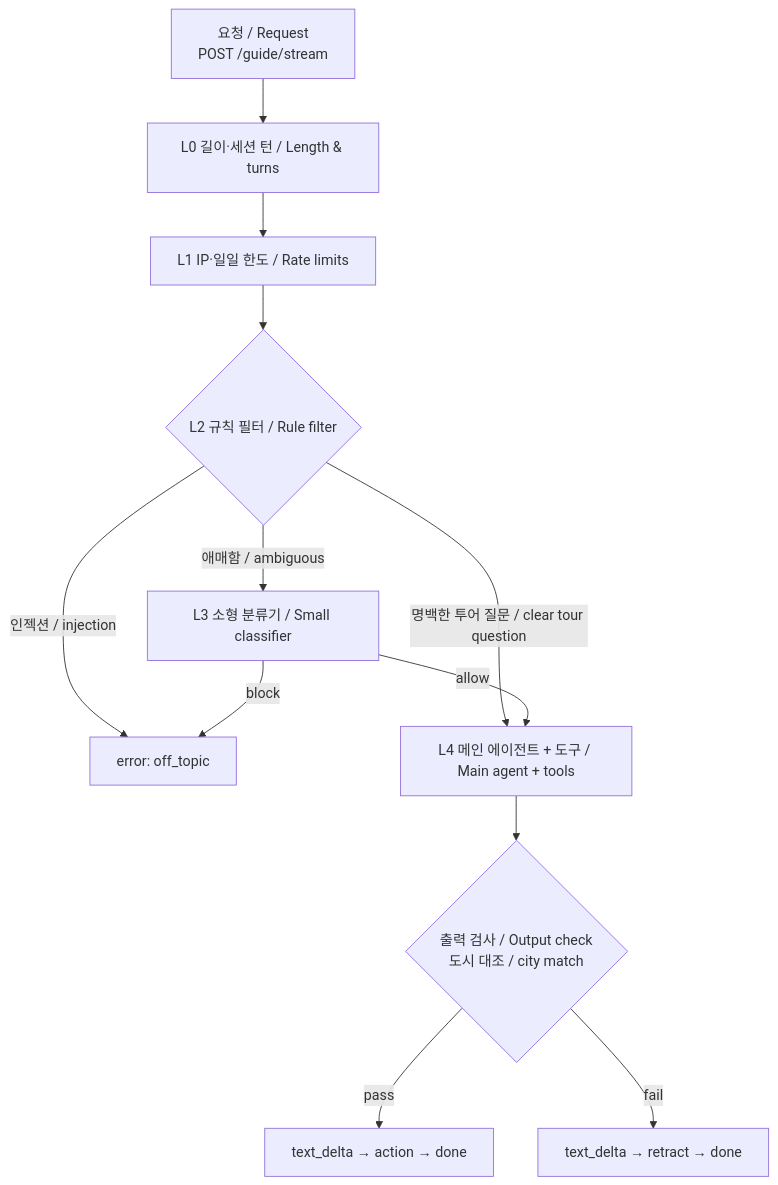
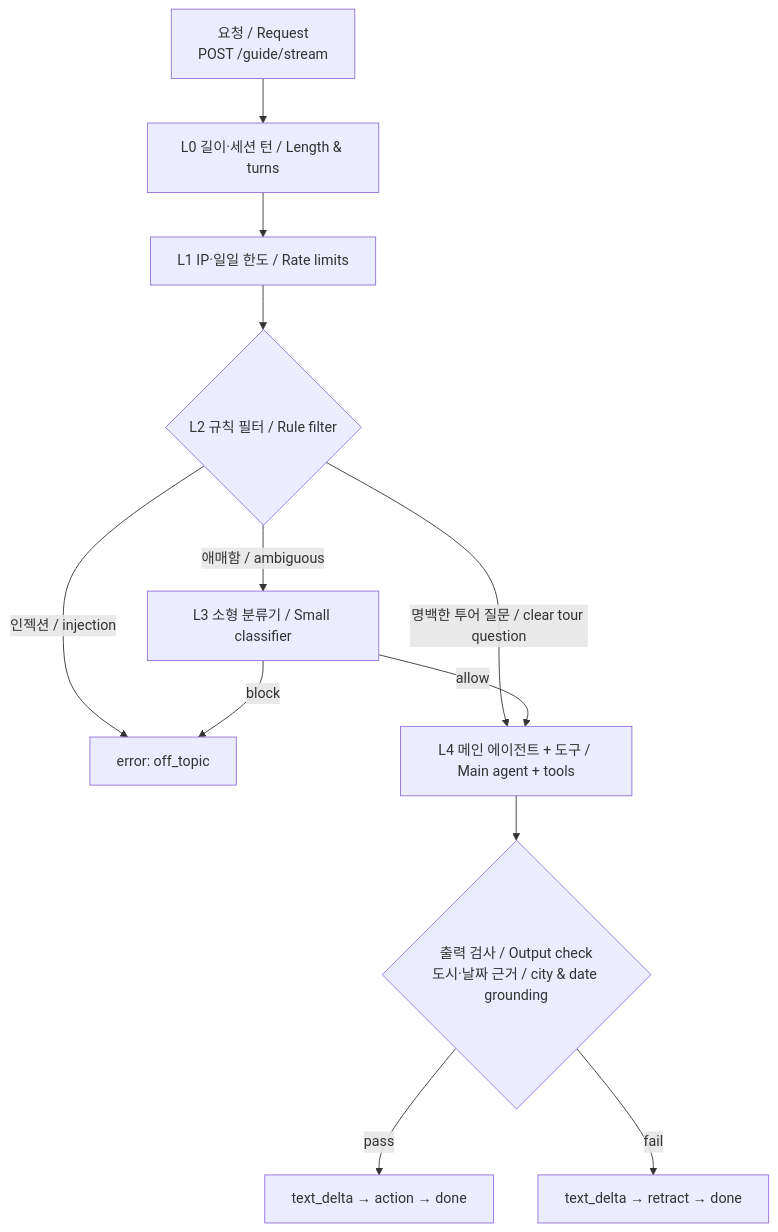
Before and after one commit to areumz/stage-one-tour-guide-agent: the diagram in README.md, drawn with Mermaid. The commit also changed other lines of this file and 1 other file, not shown here.

Commit message:
docs: record the date guard, data-first actions and the history reference block

````diff
--- a/README.md
+++ b/README.md
@@ -44,14 +44,14 @@
 ```mermaid
 flowchart TD
     A[요청 / Request<br/>POST /guide/stream] --> B[L0 길이·세션 턴 / Length & turns]
     B --> C[L1 IP·일일 한도 / Rate limits]
     C --> D{L2 규칙 필터 / Rule filter}
     D -->|인젝션 / injection| X[error: off_topic]
     D -->|명백한 투어 질문 / clear tour question| F
     D -->|애매함 / ambiguous| E[L3 소형 분류기 / Small classifier]
     E -->|block| X
     E -->|allow| F[L4 메인 에이전트 + 도구 / Main agent + tools]
-    F --> G{출력 검사 / Output check<br/>도시 대조 / city match}
+    F --> G{출력 검사 / Output check<br/>도시·날짜 근거 / city & date grounding}
     G -->|pass| H[text_delta → action → done]
     G -->|fail| I[text_delta → retract → done]
 ```
````
